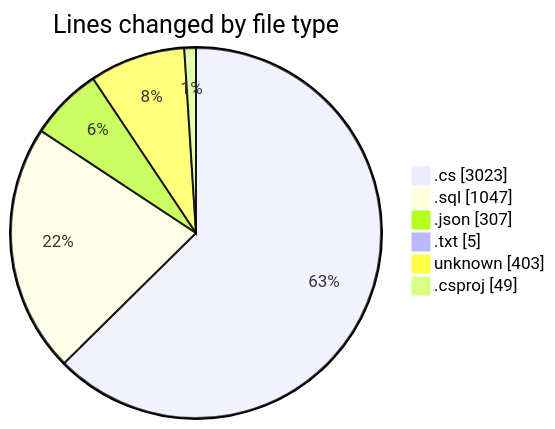
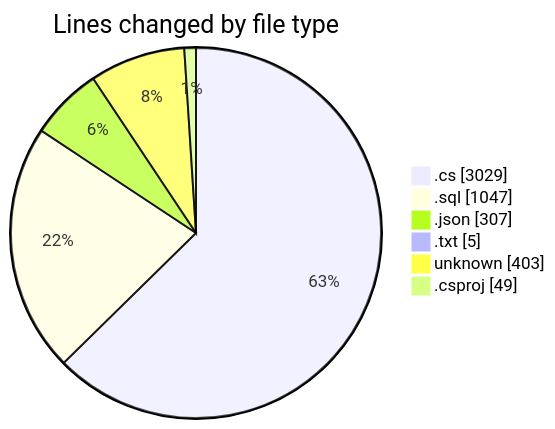
Before and after one commit to Netris89/code-tracking: the first of 2 diagrams in 2025-04-04/back-end/README.md, drawn with Mermaid. The commit also changed other lines of this file and 1 other file, not shown here.

````diff
--- a/2025-04-04/back-end/README.md
+++ b/2025-04-04/back-end/README.md
@@ -40,10 +40,10 @@
 ```mermaid
 pie showData
 title Lines changed by file type
-".cs" : 3023
+".cs" : 3029
 ".sql" : 1047
 ".json" : 307
 ".txt" : 5
 "unknown" : 403
 ".csproj" : 49
 ```
````
